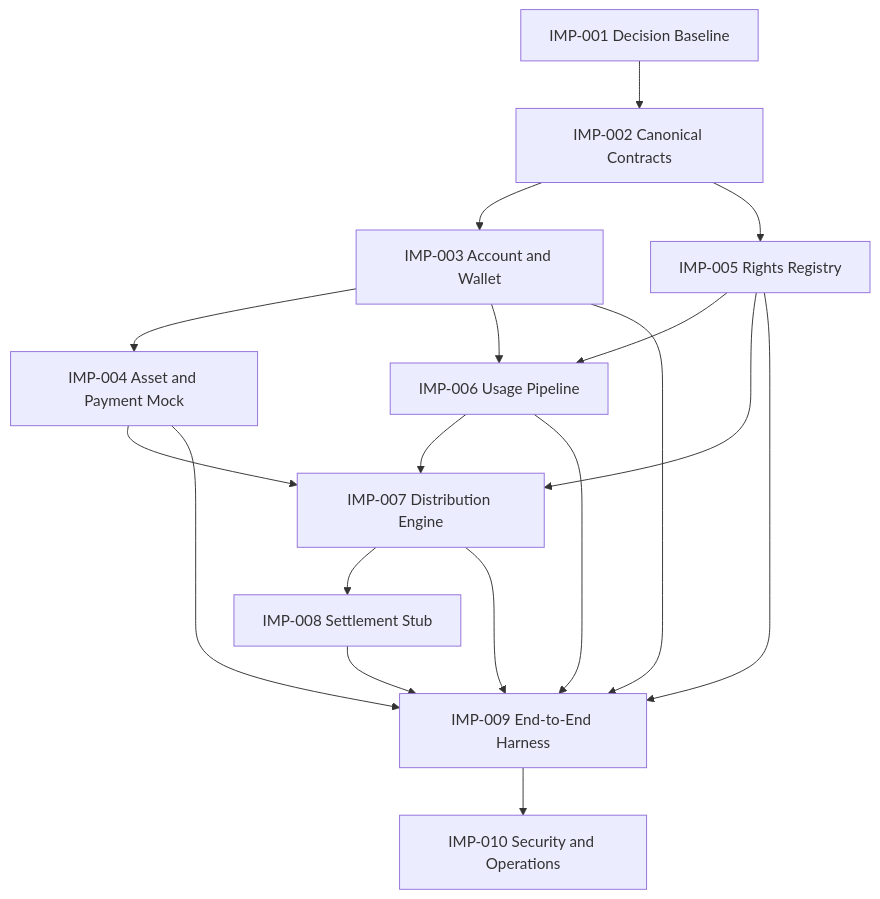
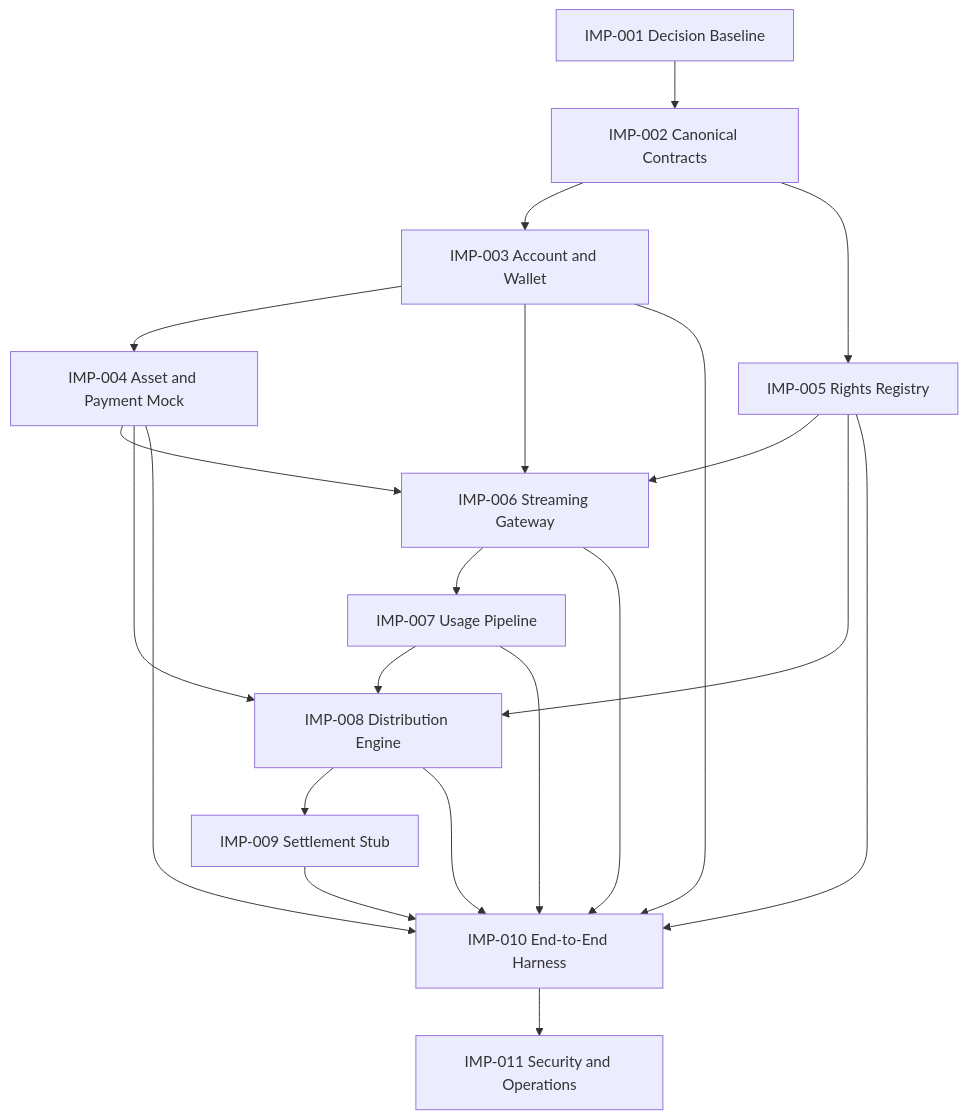
The diagram in docs/protocol/implementation-plan.md (ShigeichiroYamasaki/creator-first-platform), drawn with Mermaid before and after one commit. The commit also changed other lines of this file and 20 other files, not shown here.

Commit message:
Align streaming gateway protocol

````diff
--- a/docs/protocol/implementation-plan.md
+++ b/docs/protocol/implementation-plan.md
@@ -28,28 +28,31 @@
 ```mermaid
 flowchart TD
     W1[IMP-001 Decision Baseline]
     W2[IMP-002 Canonical Contracts]
     W3[IMP-003 Account and Wallet]
     W4[IMP-004 Asset and Payment Mock]
     W5[IMP-005 Rights Registry]
-    W6[IMP-006 Usage Pipeline]
-    W7[IMP-007 Distribution Engine]
-    W8[IMP-008 Settlement Stub]
-    W9[IMP-009 End-to-End Harness]
-    W10[IMP-010 Security and Operations]
+    W6[IMP-006 Streaming Gateway]
+    W7[IMP-007 Usage Pipeline]
+    W8[IMP-008 Distribution Engine]
+    W9[IMP-009 Settlement Stub]
+    W10[IMP-010 End-to-End Harness]
+    W11[IMP-011 Security and Operations]
 
     W1 --> W2
     W2 --> W3 --> W4
     W2 --> W5
     W3 --> W6
-    W5 --> W6
-    W4 --> W7
-    W5 --> W7
-    W6 --> W7 --> W8
-    W3 --> W9
-    W4 --> W9
-    W5 --> W9
-    W6 --> W9
-    W7 --> W9
-    W8 --> W9 --> W10
+    W4 --> W6
+    W5 --> W6 --> W7
+    W4 --> W8
+    W5 --> W8
+    W7 --> W8 --> W9
+    W3 --> W10
+    W4 --> W10
+    W5 --> W10
+    W6 --> W10
+    W7 --> W10
+    W8 --> W10
+    W9 --> W10 --> W11
 ```
````
